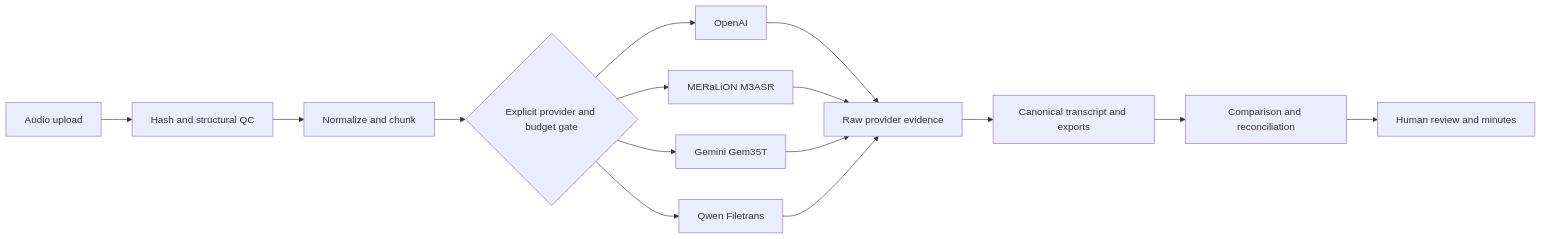
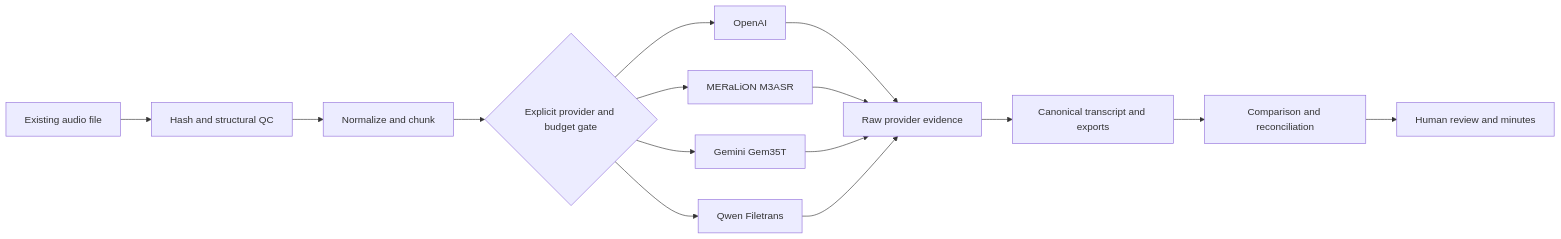
The diagram in docs/SHOWCASE.md (TengKianBoon/apma-singapore-asr), drawn with Mermaid before and after one commit. The commit also changed other lines of this file and 5 other files, not shown here.

````diff
--- a/docs/SHOWCASE.md
+++ b/docs/SHOWCASE.md
@@ -28,17 +30,17 @@
 ```mermaid
 flowchart LR
-    A[Audio upload] --> B[Hash and structural QC]
+    A[Existing audio file] --> B[Hash and structural QC]
     B --> C[Normalize and chunk]
     C --> D{Explicit provider and budget gate}
     D --> E[OpenAI]
     D --> F[MERaLiON M3ASR]
     D --> G[Gemini Gem35T]
     D --> H[Qwen Filetrans]
     E --> I[Raw provider evidence]
     F --> I
     G --> I
     H --> I
     I --> J[Canonical transcript and exports]
     J --> K[Comparison and reconciliation]
     K --> L[Human review and minutes]
 ```
````
